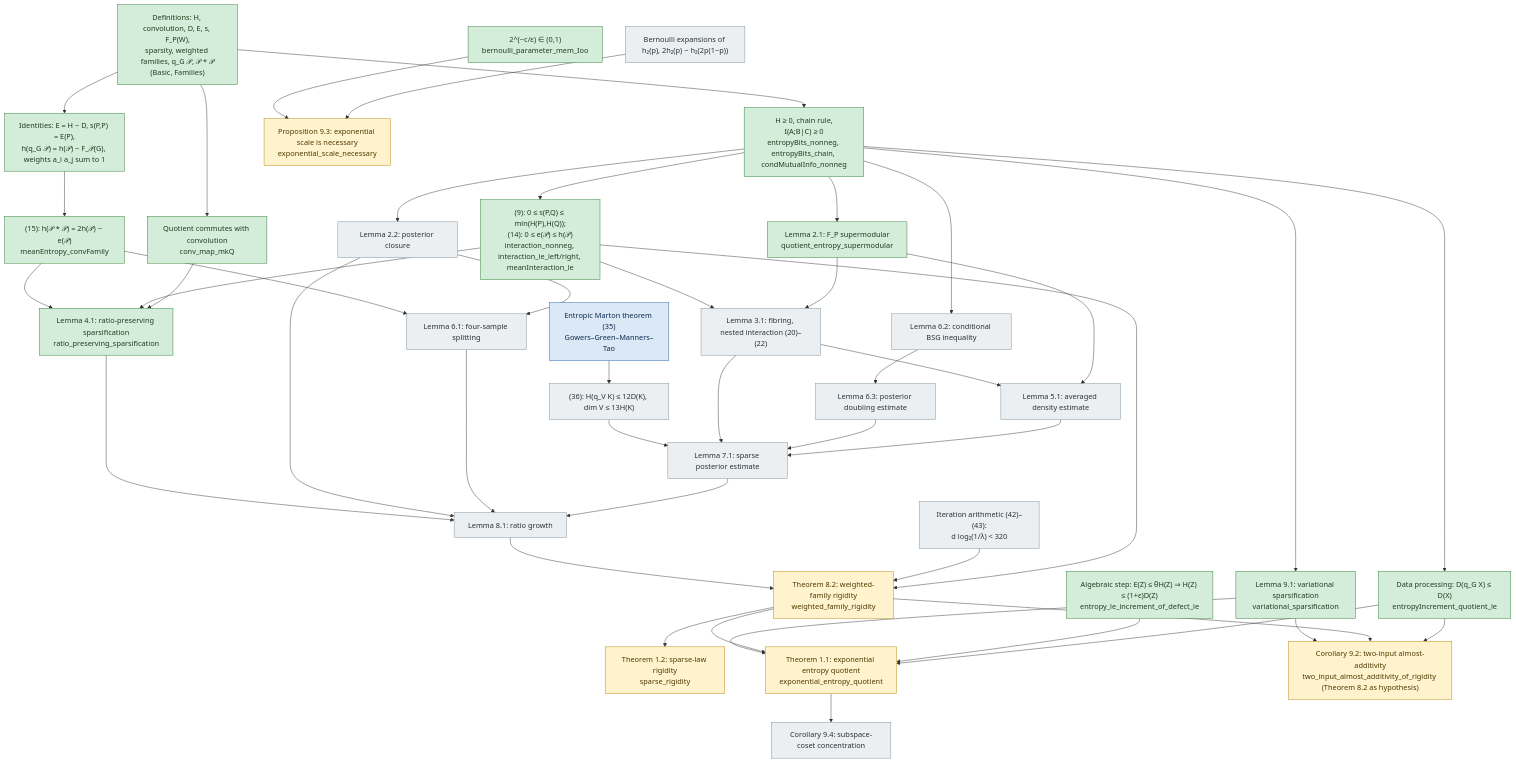
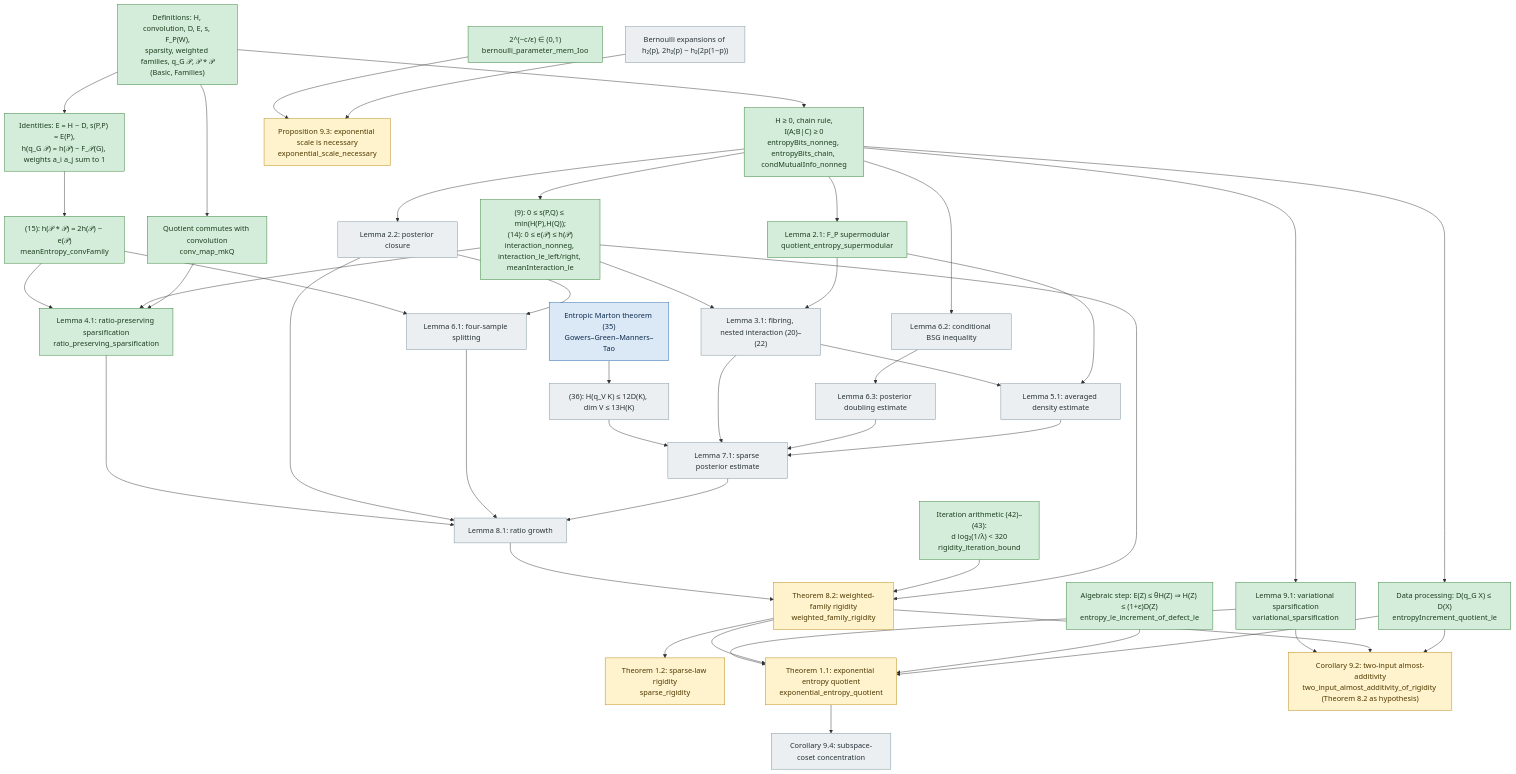
The diagram in docs/DEPENDENCIES.md (JosiahPark/entropy-quotients-lean), drawn with Mermaid before and after one commit.

Commit message:
formalize: D1 mark iteration arithmetic (42)-(43) proved in docs/DEPENDENCIES.md

```diff
--- a/docs/DEPENDENCIES.md
+++ b/docs/DEPENDENCIES.md
@@ -46,7 +46,7 @@
 
   %% Section 8
   L81["Lemma 8.1: ratio growth"]:::missing
-  ARITH["Iteration arithmetic (42)–(43):<br/>d log₂(1/λ) < 320"]:::missing
+  ARITH["Iteration arithmetic (42)–(43):<br/>d log₂(1/λ) < 320<br/>rigidity_iteration_bound"]:::proved
   T82["Theorem 8.2: weighted-family rigidity<br/>weighted_family_rigidity"]:::stated
   T12["Theorem 1.2: sparse-law rigidity<br/>sparse_rigidity"]:::stated
 
```
